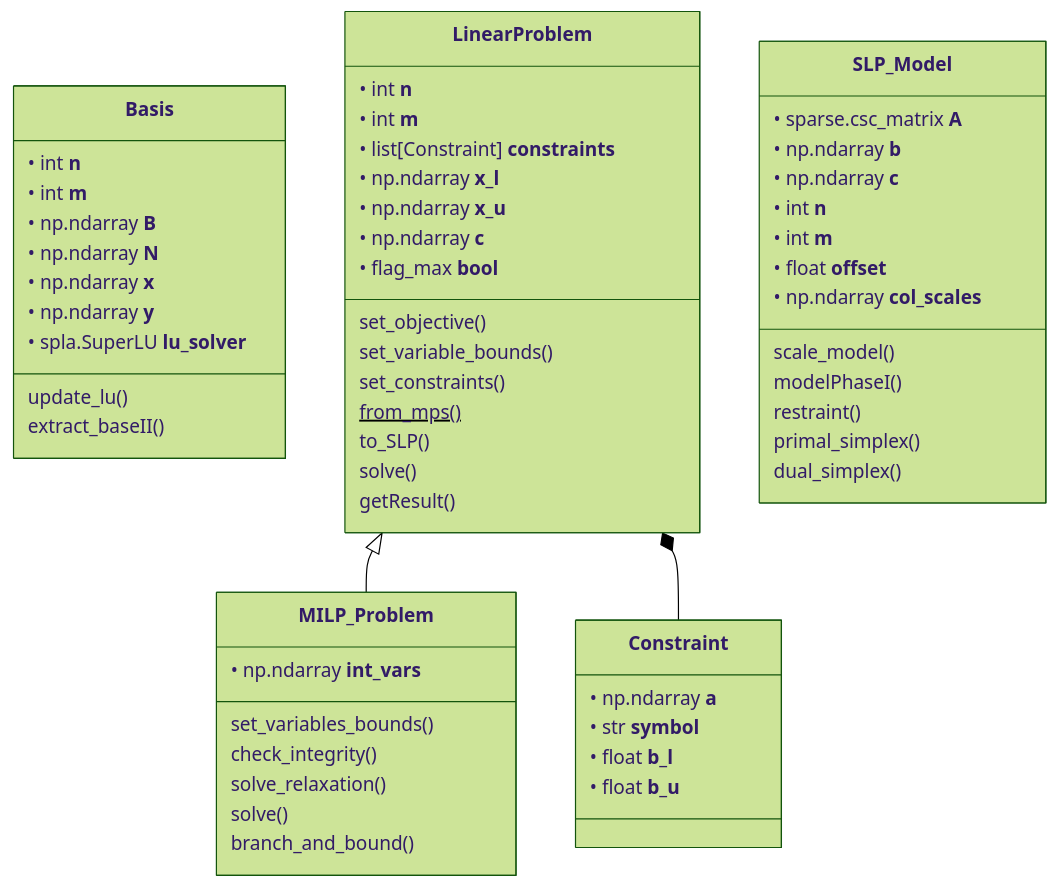
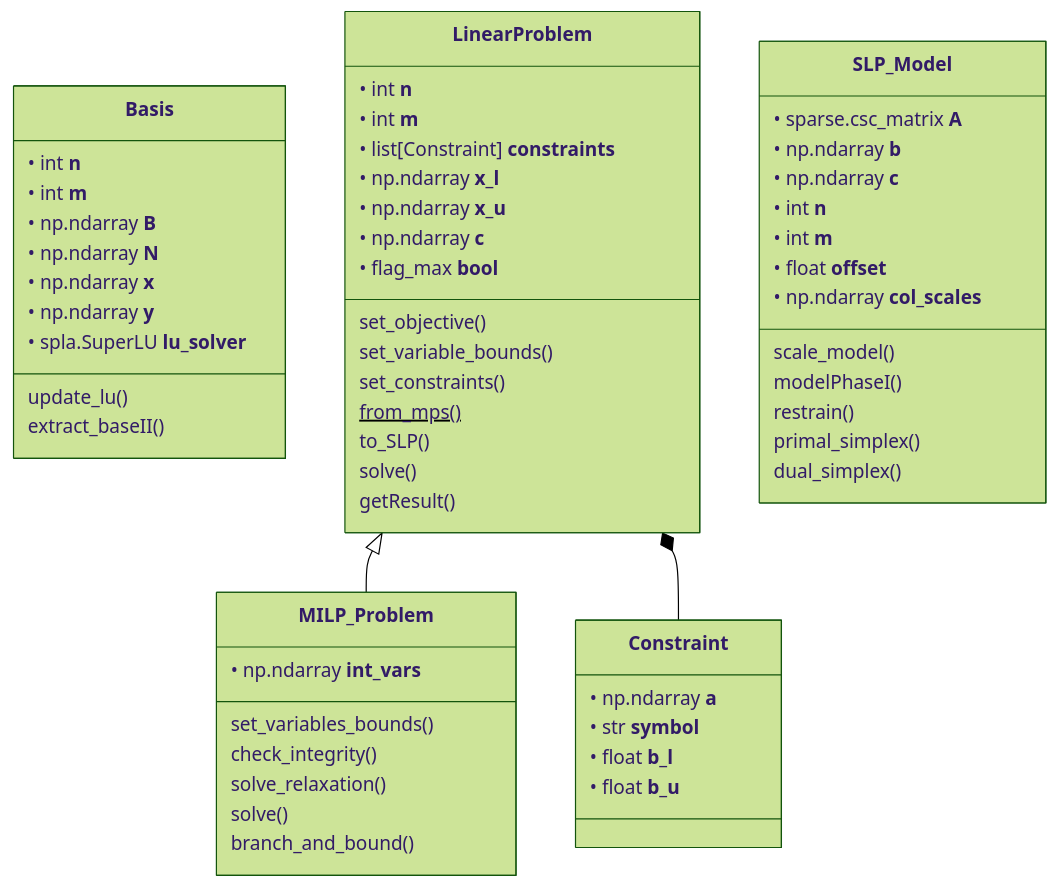
One commit to JeanPousset/MILP_solver changed the second of 2 diagrams in README.md. Above: the diagram before and after it, drawn with Mermaid (forest theme). The commit also changed other lines of this file and 5 other files, not shown here.

````diff
--- a/README.md
+++ b/README.md
@@ -38,72 +51,72 @@
 ```mermaid
 ---
 config:
   htmlLabels: false
 ---
 classDiagram
     class Basis{
         • int __n__
         • int __m__
         • np.ndarray __B__
         • np.ndarray __N__
         • np.ndarray __x__
         • np.ndarray __y__
         • spla.SuperLU __lu_solver__
         
         update_lu()
         extract_baseII()
     }
     class Constraint{
         • np.ndarray __a__
         • str __symbol__
         • float __b_l__
         • float __b_u__
     }
     
     class LinearProblem{
         • int __n__
         • int __m__ 
         • list[Constraint] __constraints__
         • np.ndarray __x_l__
         • np.ndarray __x_u__
         • np.ndarray __c__
         • flag_max __bool__
         
         set_objective()
         set_variable_bounds()
         set_constraints()
         from_mps()$
         to_SLP()
         solve()
         getResult()
     }
     
     class MILP_Problem{
         • np.ndarray __int_vars__
         set_variables_bounds()
         check_integrity()
         solve_relaxation()
         solve()
         branch_and_bound()
     }
     
     class SLP_Model{
         • sparse.csc_matrix __A__
         • np.ndarray __b__
         • np.ndarray __c__
         • int __n__
         • int __m__
         • float __offset__
         • np.ndarray __col_scales__
         scale_model()
         modelPhaseI()
-        restraint()
+        restrain()
         primal_simplex()
         dual_simplex()
 
     }
     
     LinearProblem <|-- MILP_Problem
     LinearProblem *-- Constraint
     
 ```
````
